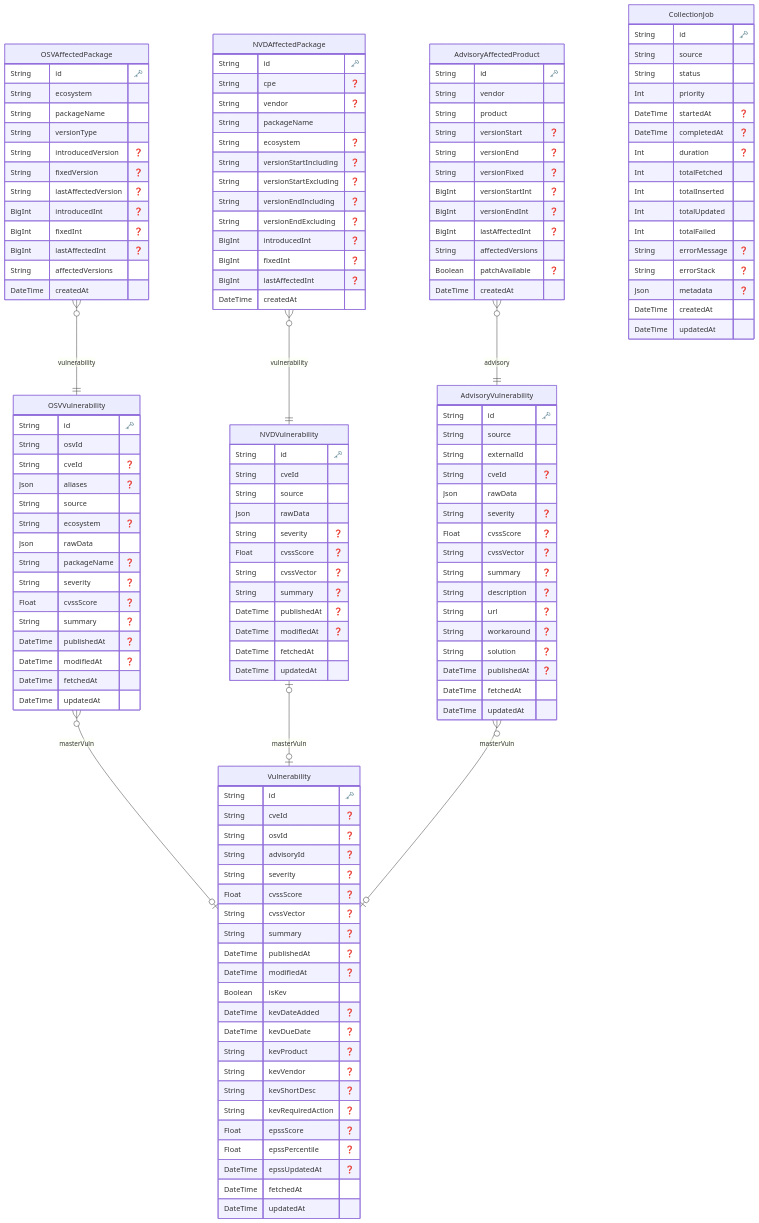
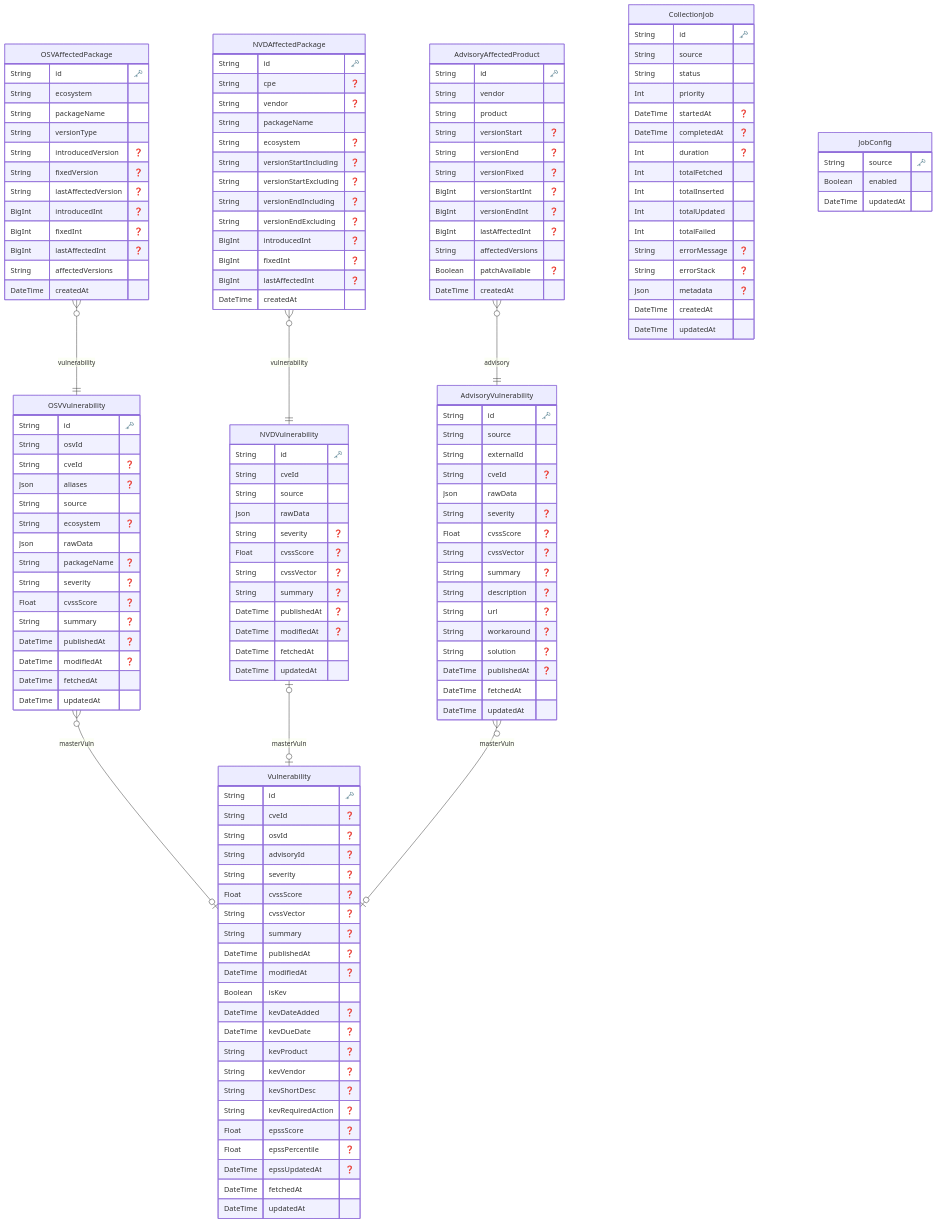
Before and after one commit to TITeee/heretix-api: the diagram in docs/erd.md, drawn with Mermaid. The commit also changed 12 other files, not shown here.

```diff
--- a/docs/erd.md
+++ b/docs/erd.md
@@ -150,6 +150,13 @@
     DateTime updatedAt 
     }
   
+
+  "JobConfig" {
+    String source "🗝️"
+    Boolean enabled 
+    DateTime updatedAt 
+    }
+  
     "OSVVulnerability" }o--|o "Vulnerability" : "masterVuln"
     "OSVAffectedPackage" }o--|| "OSVVulnerability" : "vulnerability"
     "NVDVulnerability" |o--|o "Vulnerability" : "masterVuln"
```
